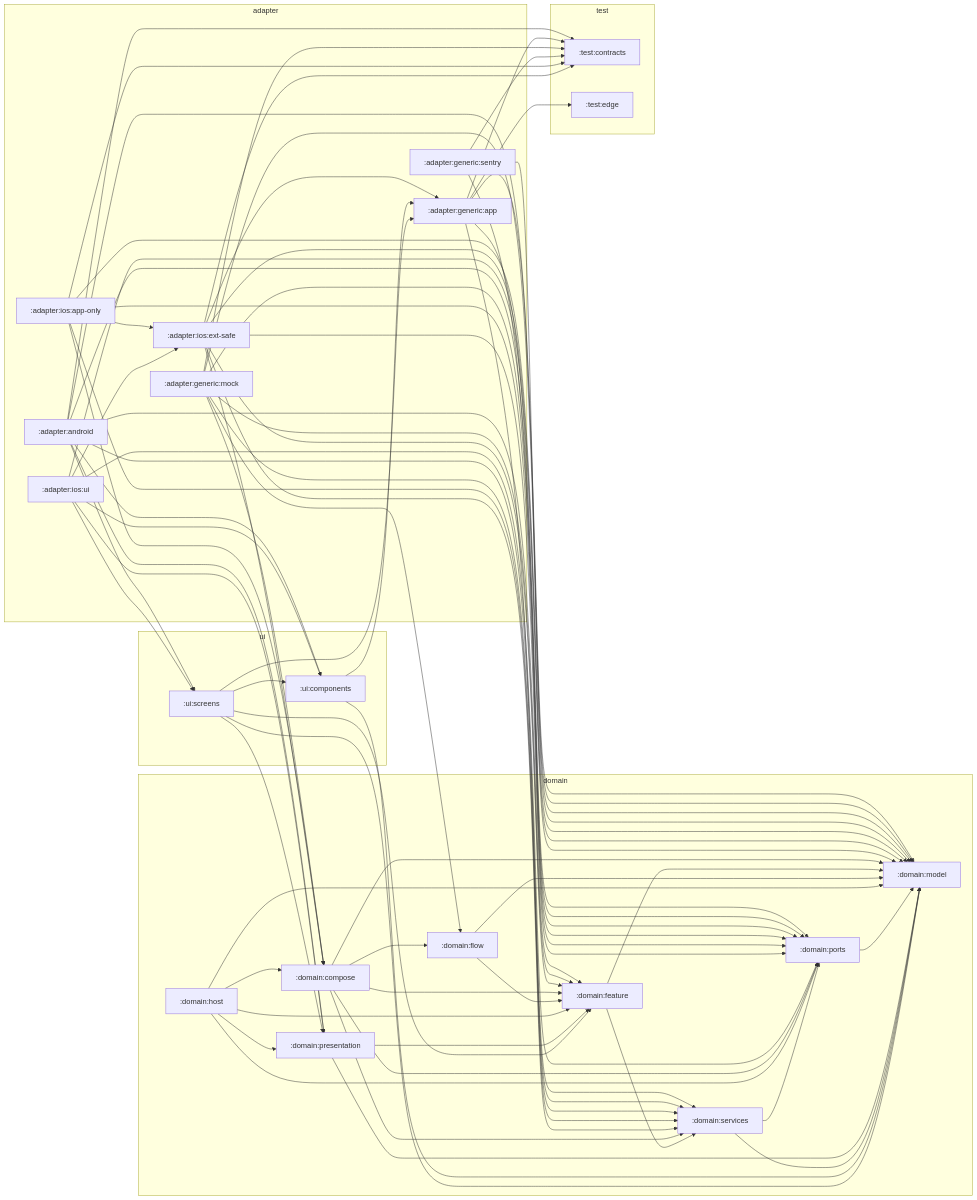
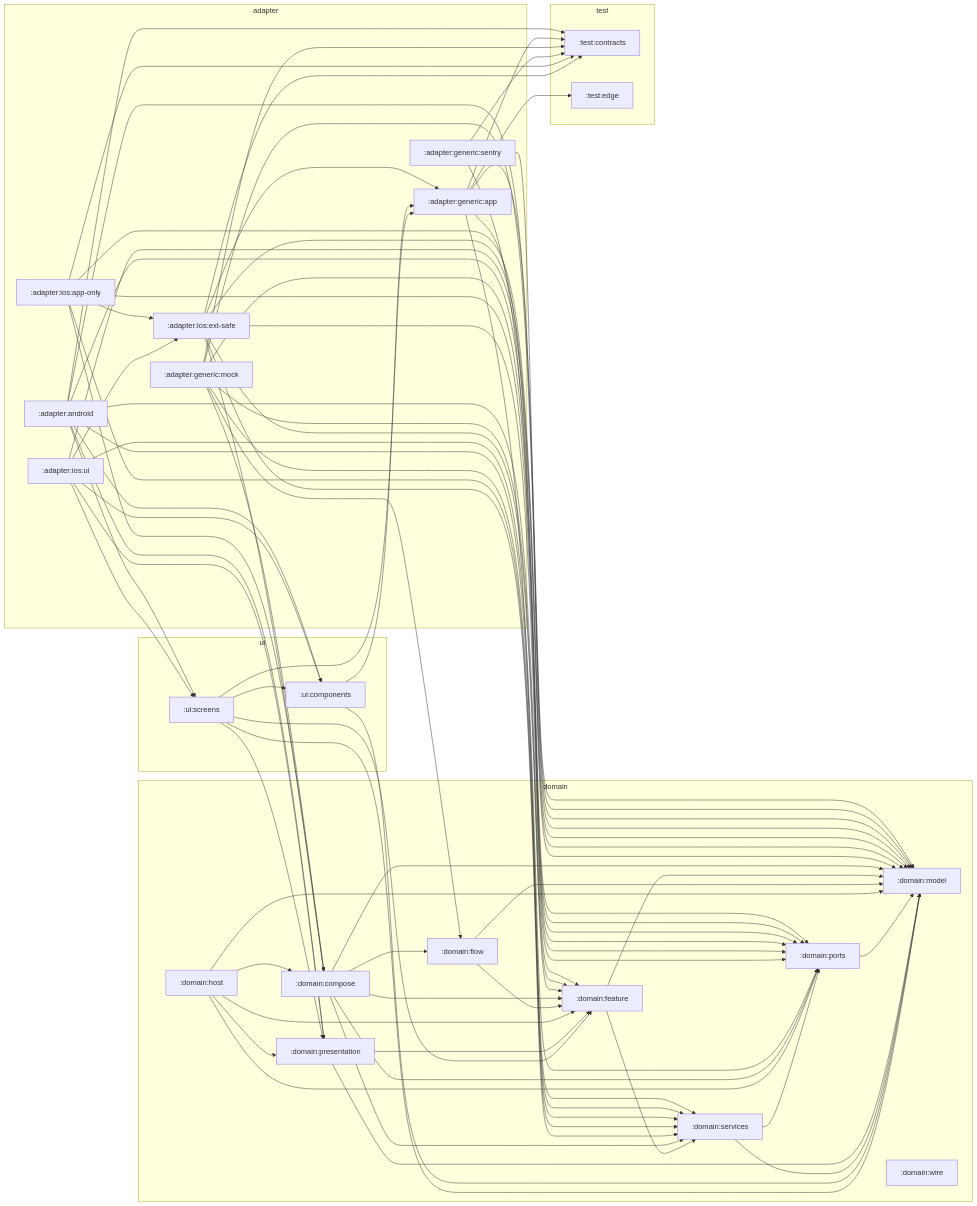
One commit to stefanhoelzl/SnapSync changed the diagram in architecture/zones.md. Above: the diagram before and after it, drawn with Mermaid. The commit also changed 22 other files, not shown here.

```diff
--- a/architecture/zones.md
+++ b/architecture/zones.md
@@ -25,6 +25,7 @@
     domain_ports[":domain:ports"]
     domain_presentation[":domain:presentation"]
     domain_services[":domain:services"]
+    domain_wire[":domain:wire"]
   end
   subgraph test
     test_contracts[":test:contracts"]
```
